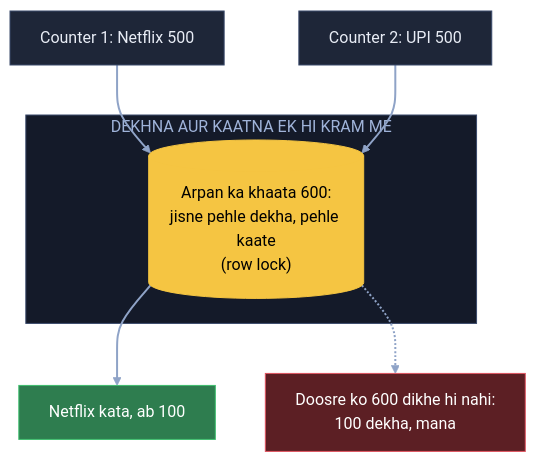
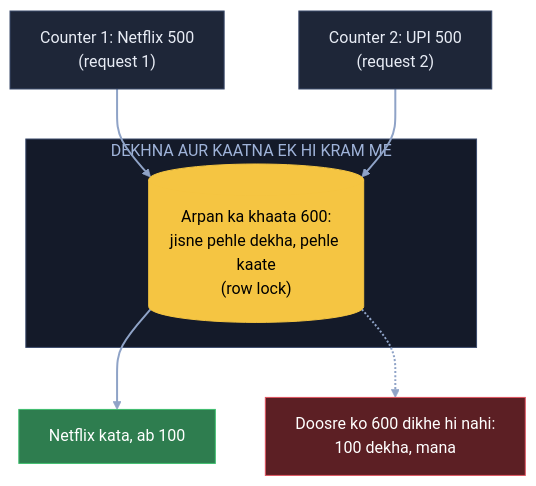
One commit to ArpanMaheshwari144/Prep changed the third of 22 diagrams in 04_HLD/SYSTEM_DESIGNS/13_banking_system/13_banking_system.md. Above: the diagram before and after it, drawn with Mermaid. The commit also changed other lines of this file and 20 other files, not shown here.

Commit message:
HLD main files: diagram me kahani shabd + bracket me asli naam (21 design, 182 label)

````diff
--- a/04_HLD/SYSTEM_DESIGNS/13_banking_system/13_banking_system.md
+++ b/04_HLD/SYSTEM_DESIGNS/13_banking_system/13_banking_system.md
@@ -162,20 +162,20 @@
 ```mermaid
 flowchart TB
-    N["Counter 1: Netflix 500"]:::card
-    U["Counter 2: UPI 500"]:::card
+    N["Counter 1: Netflix 500<br/>(request 1)"]:::card
+    U["Counter 2: UPI 500<br/>(request 2)"]:::card
     subgraph EK["DEKHNA AUR KAATNA EK HI KRAM ME"]
         B[("Arpan ka khaata 600:<br/>jisne pehle dekha, pehle kaate<br/>(row lock)")]:::pill
     end
     OK["Netflix kata, ab 100"]:::good
     X["Doosre ko 600 dikhe hi nahi:<br/>100 dekha, mana"]:::bad
     N --> B
     U --> B
     B --> OK
     B -.-> X
     linkStyle default stroke:#8fa3c7,stroke-width:2px
     classDef card fill:#1e2638,stroke:#3a4a6b,color:#e8ecf5
     classDef pill fill:#f5c542,stroke:#f5c542,color:#000
     classDef good fill:#2e7d4f,stroke:#3fbf6f,color:#fff
     classDef bad fill:#5c1f24,stroke:#e05561,color:#fff
     style EK fill:#141a29,stroke:#3a4a6b,color:#9fb3d9
 ```
````
